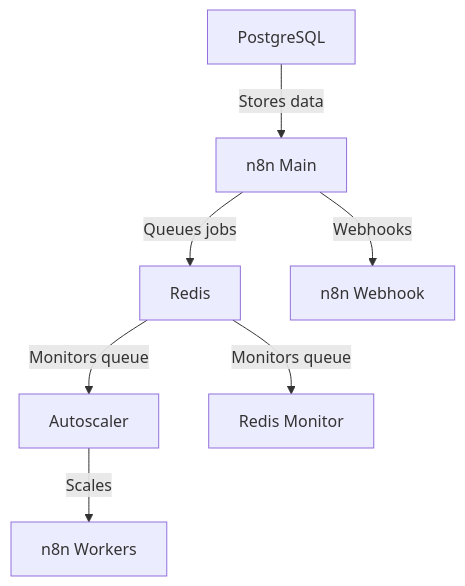
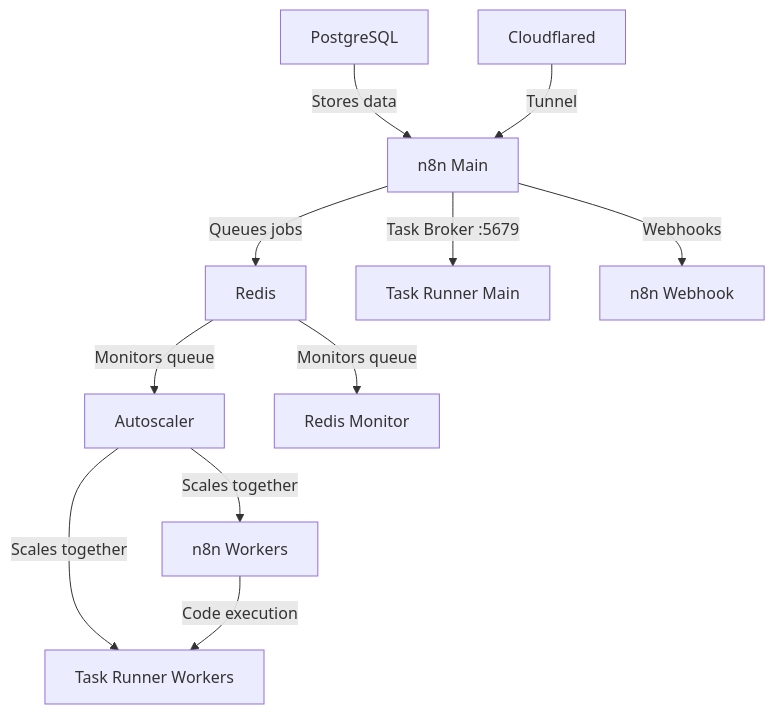
The diagram in README.md (bhardwajRahul/n8n-autoscaling), drawn with Mermaid before and after one commit. The commit also changed other lines of this file and 6 other files, not shown here.

````diff
--- a/README.md
+++ b/README.md
@@ -22,9 +25,13 @@
 ```mermaid
 graph TD
     A[n8n Main] -->|Queues jobs| B[Redis]
+    A -->|Task Broker :5679| TR1[Task Runner Main]
     B -->|Monitors queue| C[Autoscaler]
-    C -->|Scales| D[n8n Workers]
+    C -->|Scales together| D[n8n Workers]
+    C -->|Scales together| TR2[Task Runner Workers]
+    D -->|Code execution| TR2
     B -->|Monitors queue| E[Redis Monitor]
     F[PostgreSQL] -->|Stores data| A
     A -->|Webhooks| G[n8n Webhook]
+    H[Cloudflared] -->|Tunnel| A
 ```
````
